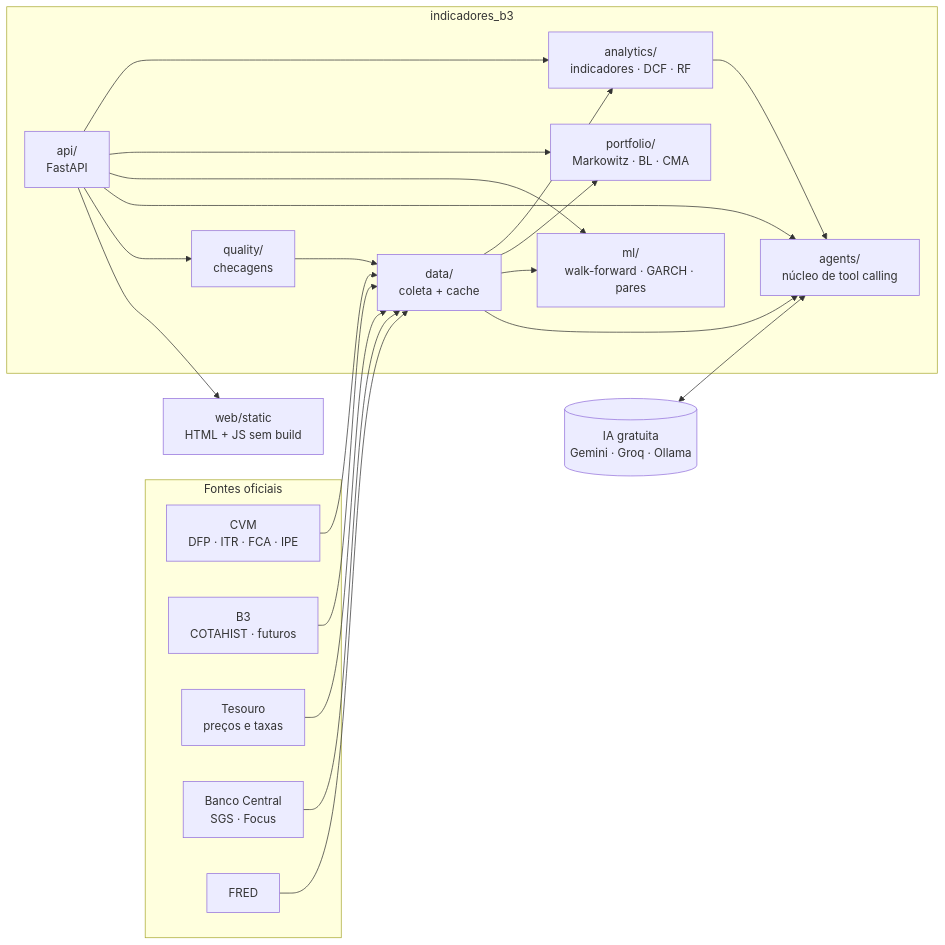
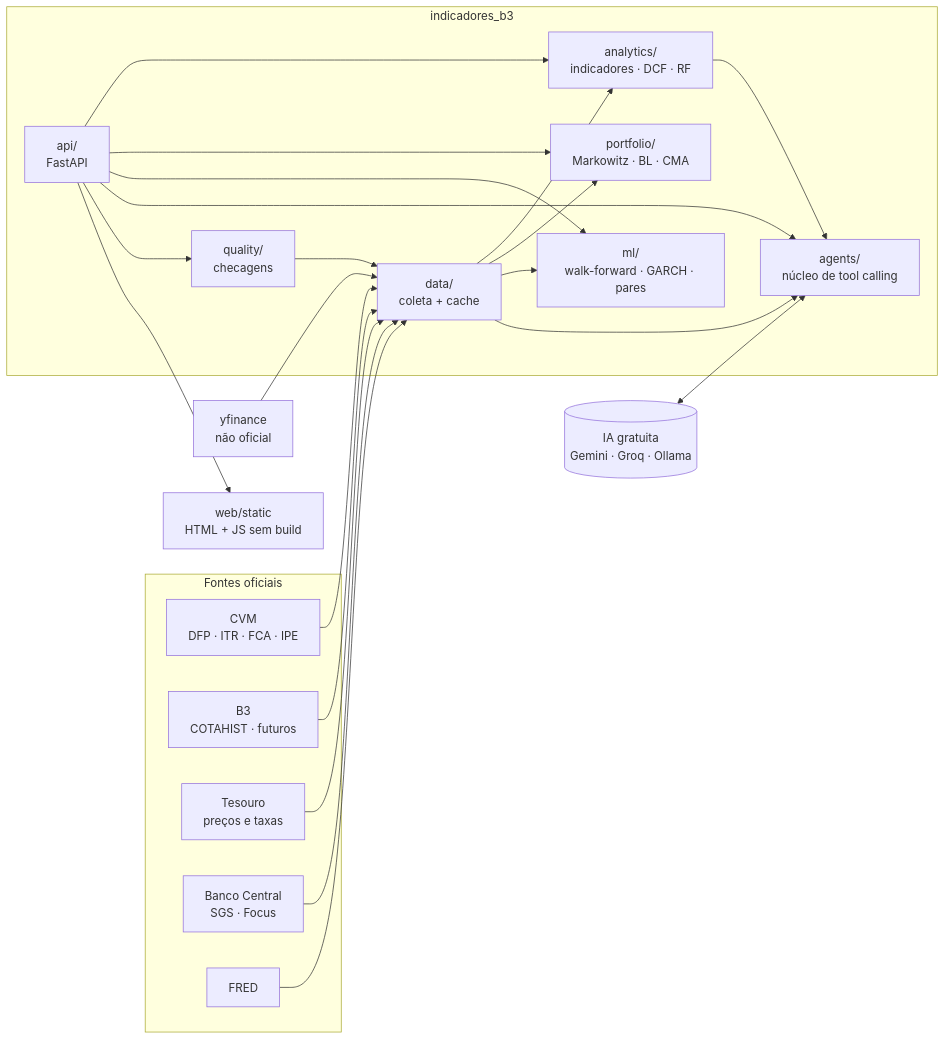
The first of 2 diagrams in README.md (KarolineAnna/agents-research), drawn with Mermaid before and after one commit. The commit also changed other lines of this file and 3 other files, not shown here.

````diff
--- a/README.md
+++ b/README.md
@@ -43,22 +45,23 @@
 ```mermaid
 flowchart LR
     subgraph Fontes oficiais
         CVM[CVM<br/>DFP · ITR · FCA · IPE]
         B3[B3<br/>COTAHIST · futuros]
         TN[Tesouro<br/>preços e taxas]
         BCB[Banco Central<br/>SGS · Focus]
         FRED[FRED]
     end
+    YF[yfinance<br/>não oficial]
     subgraph indicadores_b3
         D[data/<br/>coleta + cache] --> A[analytics/<br/>indicadores · DCF · RF]
         D --> P[portfolio/<br/>Markowitz · BL · CMA]
         D --> M[ml/<br/>walk-forward · GARCH · pares]
         A --> AG[agents/<br/>núcleo de tool calling]
         D --> AG
         Q[quality/<br/>checagens] --> D
         API[api/<br/>FastAPI] --> A & P & M & AG & Q
     end
     LLM[(IA gratuita<br/>Gemini · Groq · Ollama)] <--> AG
-    CVM & B3 & TN & BCB & FRED --> D
+    CVM & B3 & TN & BCB & FRED & YF --> D
     API --> WEB[web/static<br/>HTML + JS sem build]
 ```
````
